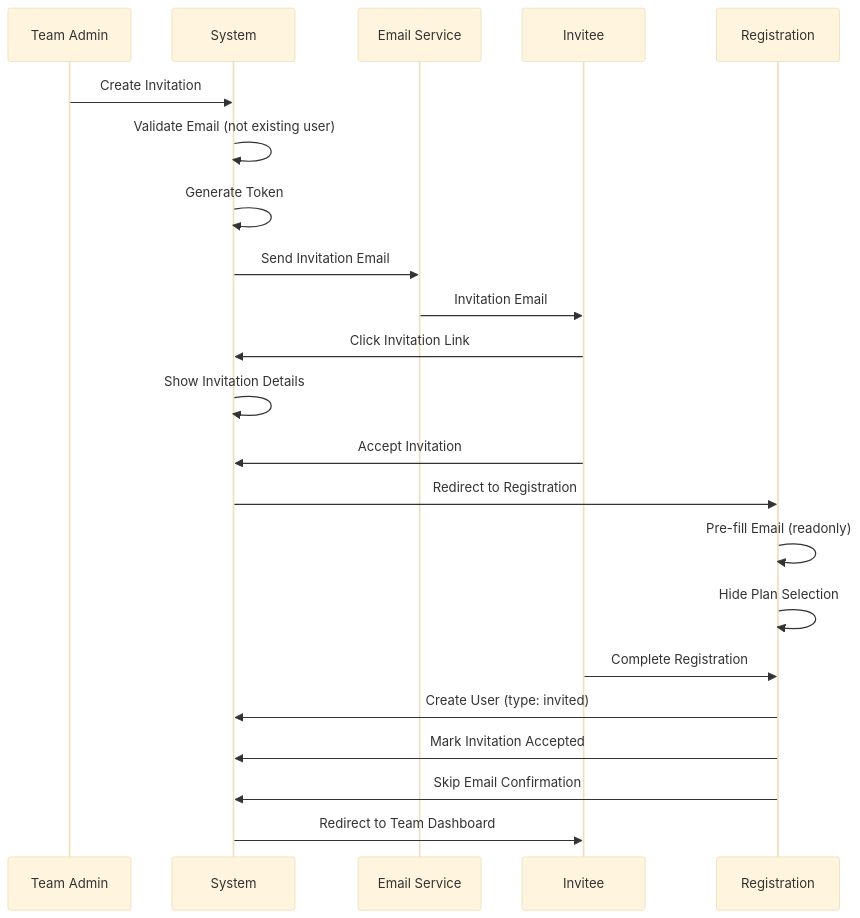
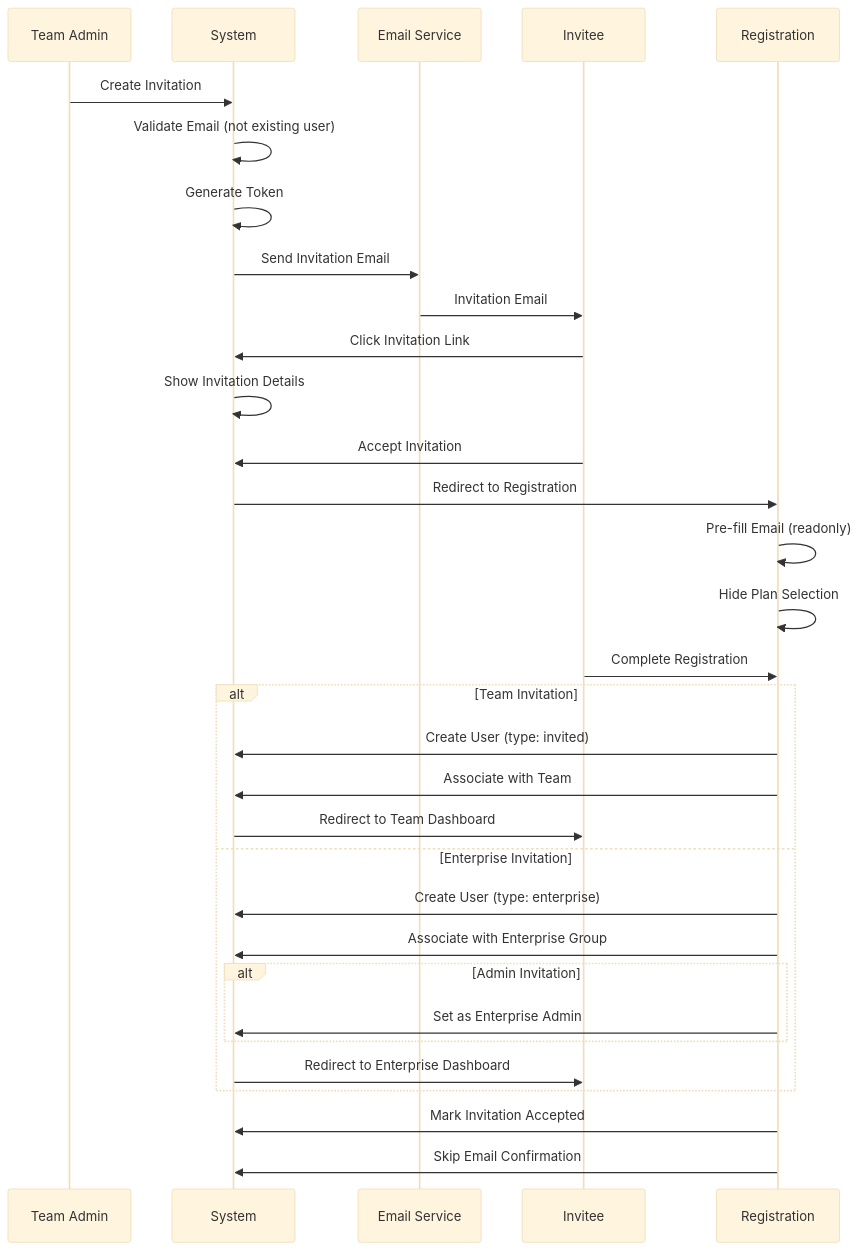
The fourth of 8 diagrams in docs/architecture_diagram.md (ashack/portfolio), drawn with Mermaid (base theme) before and after one commit. The commit also changed other lines of this file and 56 other files, not shown here.

````diff
--- a/docs/architecture_diagram.md
+++ b/docs/architecture_diagram.md
@@ -166,25 +174,35 @@
 ```mermaid
 sequenceDiagram
     participant TA as Team Admin
     participant S as System
     participant E as Email Service
     participant I as Invitee
     participant R as Registration
 
     TA->>S: Create Invitation
     S->>S: Validate Email (not existing user)
     S->>S: Generate Token
     S->>E: Send Invitation Email
     E->>I: Invitation Email
     I->>S: Click Invitation Link
     S->>S: Show Invitation Details
     I->>S: Accept Invitation
     S->>R: Redirect to Registration
     R->>R: Pre-fill Email (readonly)
     R->>R: Hide Plan Selection
     I->>R: Complete Registration
-    R->>S: Create User (type: invited)
+    alt Team Invitation
+        R->>S: Create User (type: invited)
+        R->>S: Associate with Team
+        S->>I: Redirect to Team Dashboard
+    else Enterprise Invitation
+        R->>S: Create User (type: enterprise)
+        R->>S: Associate with Enterprise Group
+        alt Admin Invitation
+            R->>S: Set as Enterprise Admin
+        end
+        S->>I: Redirect to Enterprise Dashboard
+    end
     R->>S: Mark Invitation Accepted
     R->>S: Skip Email Confirmation
-    S->>I: Redirect to Team Dashboard
 ```
````
